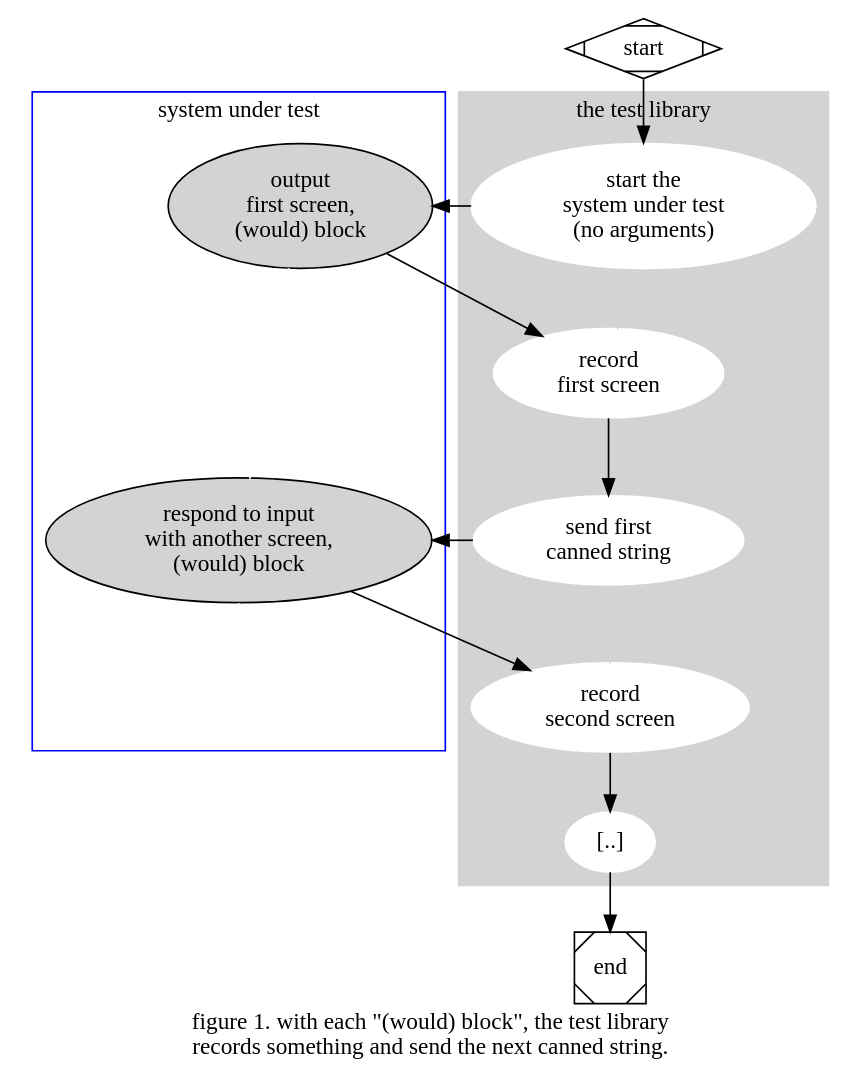
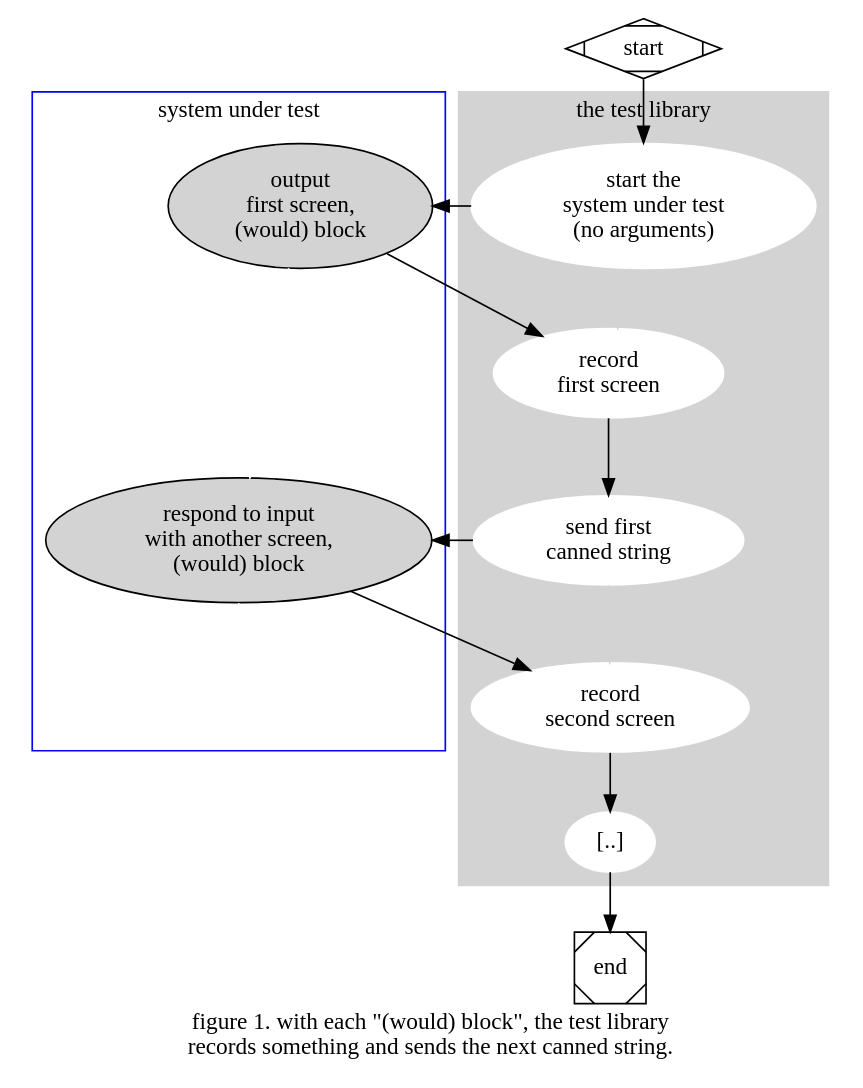
One commit to hipe/tmx changed the diagram in zerk/doc/issues/006/figure-1-example-process-diagram.dot. Above: the diagram before and after it, drawn with Graphviz. The commit also changed 80 other files, not shown here.

```diff
--- a/zerk/doc/issues/006/figure-1-example-process-diagram.dot
+++ b/zerk/doc/issues/006/figure-1-example-process-diagram.dot
@@ -1,46 +1,46 @@
 digraph G {
 
   label="figure 1. with each \"(would) block\", the test library
-records something and send the next canned string."
+records something and sends the next canned string."
 
   rankdir="TB"
 
 	subgraph cluster_0 {
 		style=filled;
 		color=lightgrey;
 		node [style=filled color=white];
     rec0 [label="start the\nsystem under test\n(no arguments)"]
     rec1 [label="record\nfirst screen"]
     rec2 [label="send first\ncanned string"]
     rec3 [label="record\nsecond screen"]
     rec4 [label="[..]"]
     rec0->rec1 [color="lightgrey"]
     rec1->rec2
     rec2->rec3 [color="lightgrey"]
     rec3->rec4
 		label = "the test library";
 	}
 
 	subgraph cluster_1 {
 		node [style=filled];
 		label = "system under test";
     sut0 [label="output\nfirst screen,\n(would) block"]
     sutfake0 [color="white" label=""]
     sutfake1 [color="white" label=""]
     sut0->sutfake0 [color="white"]
     sutfake0->sut1 [color="white"]
     sut1 [label="respond to input\nwith another screen,\n(would) block"]
     sut1->sutfake1 [color="white"]
 		color=blue
 	}
 
 	start [shape=Mdiamond];
 	end [shape=Msquare];
 
 	start->rec0
   rec0->sut0
   sut0->rec1
   rec2->sut1
   sut1->rec3
   rec4->end
 }
```
